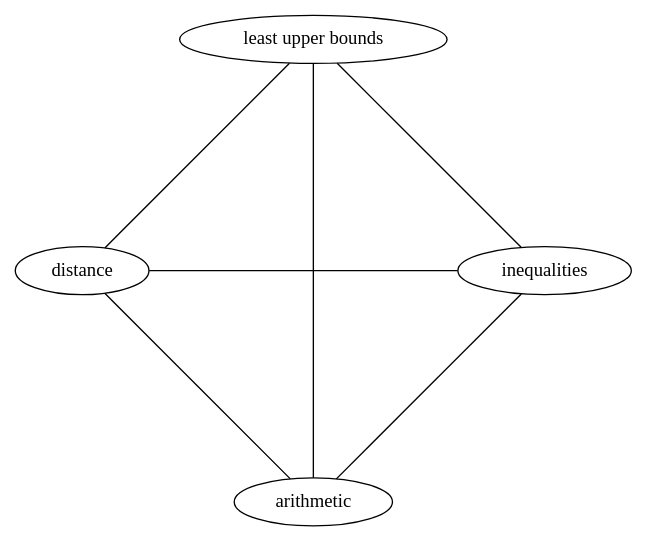
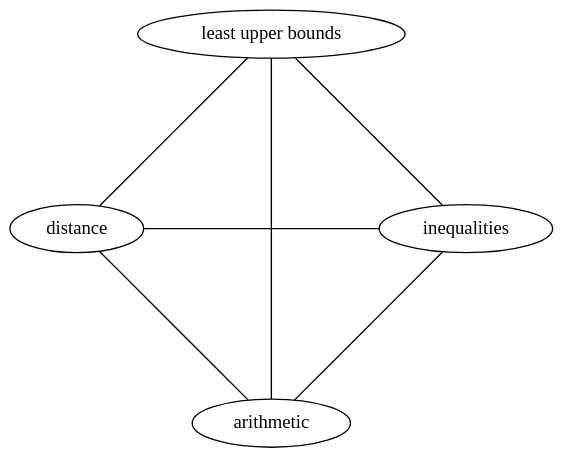
The diagram in metric-spaces/r-as-a-metric-space.qmd (stepanp21/real-analysis), drawn with Graphviz before and after one commit. The commit also changed other lines of this file and 151 other files, not shown here.

````diff
--- a/metric-spaces/r-as-a-metric-space.qmd
+++ b/metric-spaces/r-as-a-metric-space.qmd
@@ -203,11 +209,19 @@
 ```{dot}
+//| fig-width: 4
+//| fig-height: 4
+//| fig-align: "center"
+//| label: fig-k4
+
 graph G {
+    pad="0";
+    mindist=0.4; 
+    overlap_scaling=0.5;
     layout=circo
-    arithmetic -- inequalities;
-    arithmetic -- "least upper bounds";
-    arithmetic -- distance;
-    inequalities -- "least upper bounds";
-    inequalities -- distance;
-    "least upper bounds" -- distance;
+    arithmetic -- inequalities [len=0.2];
+    arithmetic -- "least upper bounds" [len=0.5];
+    arithmetic -- distance [len=0.5];
+    inequalities -- "least upper bounds" [len=0.5];
+    inequalities -- distance [len=0.5];
+    "least upper bounds" -- distance [len=0.5];
 }
 ```
````
